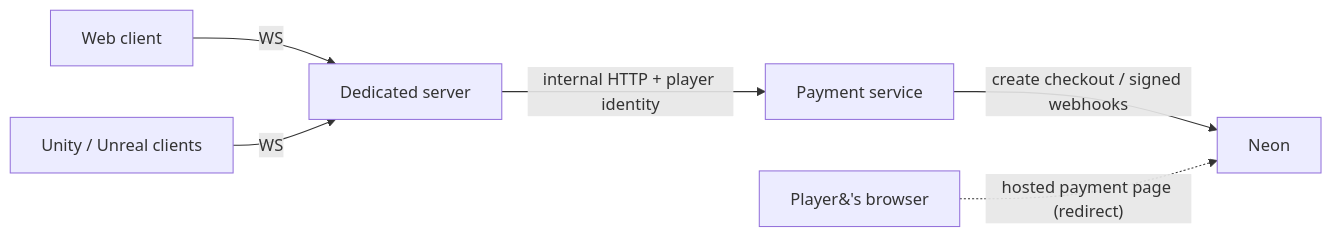
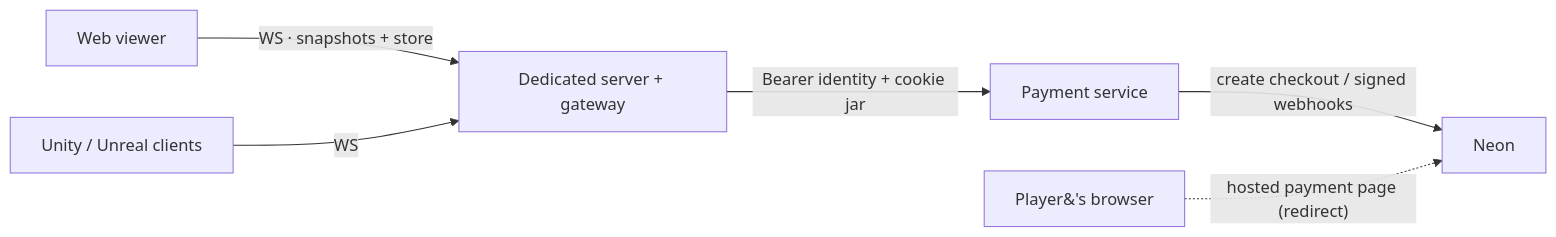
The second of 2 diagrams in docs/13-dedicated-server.md (Hakhyun-Kim/neon-checkout-integration), drawn with Mermaid before and after one commit. The commit also changed other lines of this file and 2 other files, not shown here.

First line of the commit message:
Update the dedicated-server document to the shipped store gateway

````diff
--- a/docs/13-dedicated-server.md
+++ b/docs/13-dedicated-server.md
@@ -86,8 +97,8 @@
 ```mermaid
 flowchart LR
-    W["Web client"] -- WS --> D["Dedicated server"]
+    W["Web viewer"] -- "WS · snapshots + store" --> D["Dedicated server + gateway"]
     U["Unity / Unreal clients"] -- WS --> D
-    D -- "internal HTTP + player identity" --> P["Payment service"]
+    D -- "Bearer identity + cookie jar" --> P["Payment service"]
     P -- "create checkout / signed webhooks" --> N["Neon"]
     B["Player&#39;s browser"] -. "hosted payment page (redirect)" .-> N
 ```
````
